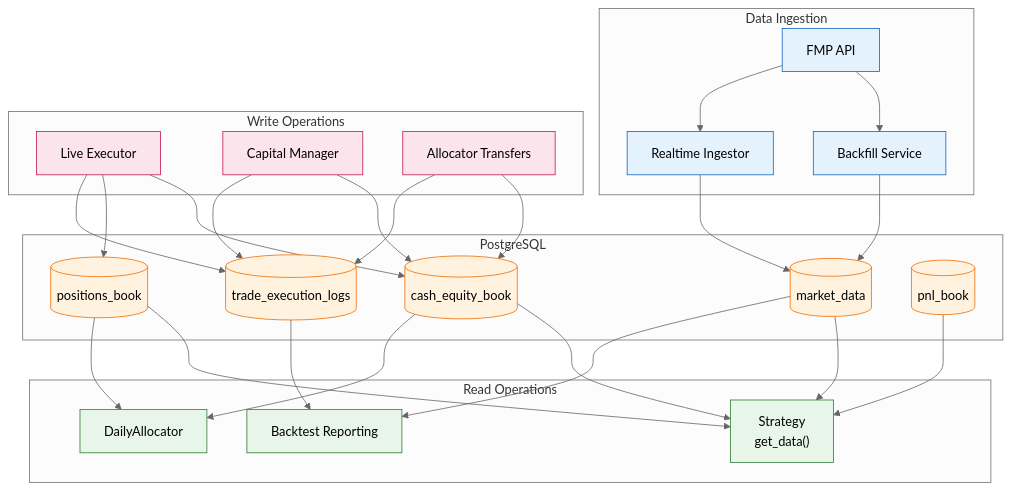
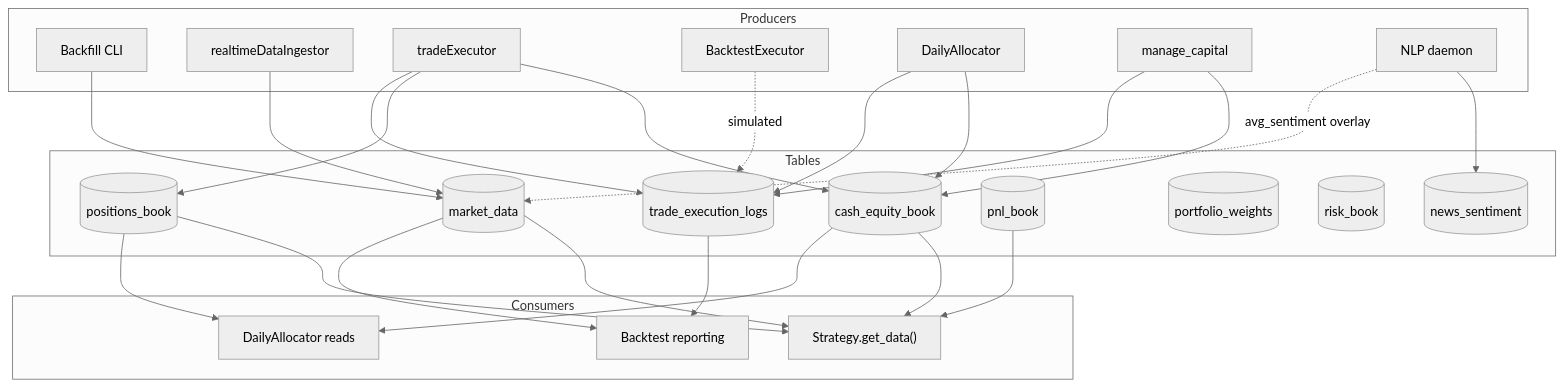
One commit to Animalliketree/MQSMaster changed the second of 4 diagrams in docs/workflows/database-schema.md. Above: the diagram before and after it, drawn with Mermaid (neutral theme). The commit also changed other lines of this file and 7 other files, not shown here.

````diff
--- a/docs/workflows/database-schema.md
+++ b/docs/workflows/database-schema.md
@@ -67,68 +126,55 @@
 ```mermaid
 flowchart TD
-    subgraph Ingestion["Data Ingestion"]
-        FMP["FMP API"]
-        BACKFILL["Backfill Service"]
-        REALTIME["Realtime Ingestor"]
+    subgraph Producers["Producers"]
+        BF["Backfill CLI"]
+        RTI["realtimeDataIngestor"]
+        LIVE["tradeExecutor"]
+        BTEXEC["BacktestExecutor"]
+        ALLOC["DailyAllocator"]
+        CAP["manage_capital"]
+        NLP["NLP daemon"]
     end
 
-    subgraph Storage["PostgreSQL"]
+    subgraph Tables["Tables"]
         MD[(market_data)]
         CASH[(cash_equity_book)]
         POS[(positions_book)]
-        TRADES[(trade_execution_logs)]
+        TLOG[(trade_execution_logs)]
         PNL[(pnl_book)]
+        WTS[(portfolio_weights)]
+        RISK[(risk_book)]
+        NS[(news_sentiment)]
     end
 
-    subgraph Read["Read Operations"]
-        STRATEGY["Strategy<br/>get_data()"]
-        ALLOCATOR["DailyAllocator"]
-        REPORTING["Backtest Reporting"]
+    subgraph Consumers["Consumers"]
+        STRAT["Strategy.get_data()"]
+        REPORT["Backtest reporting"]
+        ALLOCR["DailyAllocator reads"]
     end
 
-    subgraph Write["Write Operations"]
-        LIVE_EXEC["Live Executor"]
-        CAPITAL["Capital Manager"]
-        ALLOC_WRITE["Allocator Transfers"]
-    end
+    BF --> MD
+    RTI --> MD
+    NLP --> NS
+    NLP -.->|"avg_sentiment overlay"| MD
 
-    %% Ingestion to storage
-    FMP --> BACKFILL
-    FMP --> REALTIME
-    BACKFILL --> MD
-    REALTIME --> MD
+    LIVE --> CASH
+    LIVE --> POS
+    LIVE --> TLOG
+    BTEXEC -. simulated .-> TLOG
 
-    %% Read operations
-    MD --> STRATEGY
-    CASH --> STRATEGY
-    POS --> STRATEGY
-    PNL --> STRATEGY
-    
-    CASH --> ALLOCATOR
-    POS --> ALLOCATOR
-    
-    MD --> REPORTING
-    TRADES --> REPORTING
+    ALLOC --> CASH
+    ALLOC --> TLOG
+    CAP --> CASH
+    CAP --> TLOG
 
-    %% Write operations
-    LIVE_EXEC --> CASH
-    LIVE_EXEC --> POS
-    LIVE_EXEC --> TRADES
-    
-    CAPITAL --> CASH
-    CAPITAL --> TRADES
-    
-    ALLOC_WRITE --> CASH
-    ALLOC_WRITE --> TRADES
+    MD --> STRAT
+    CASH --> STRAT
+    POS --> STRAT
+    PNL --> STRAT
 
-    %% Styling
-    classDef ingest fill:#e3f2fd,stroke:#1565c0
-    classDef storage fill:#fff3e0,stroke:#ef6c00
-    classDef read fill:#e8f5e9,stroke:#2e7d32
-    classDef write fill:#fce4ec,stroke:#c2185b
+    MD --> REPORT
+    TLOG --> REPORT
 
-    class FMP,BACKFILL,REALTIME ingest
-    class MD,CASH,POS,TRADES,PNL storage
-    class STRATEGY,ALLOCATOR,REPORTING read
-    class LIVE_EXEC,CAPITAL,ALLOC_WRITE write
+    CASH --> ALLOCR
+    POS --> ALLOCR
 ```
````
